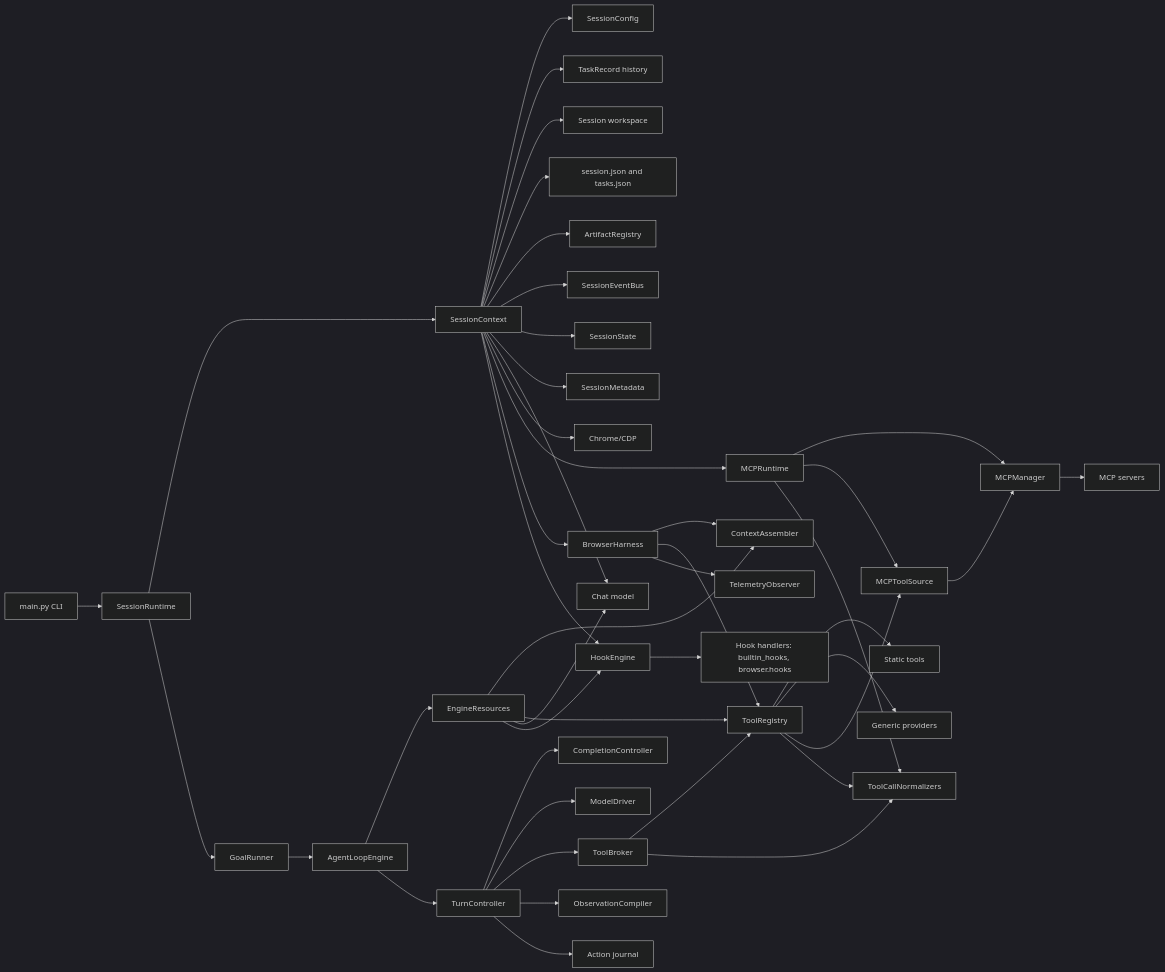
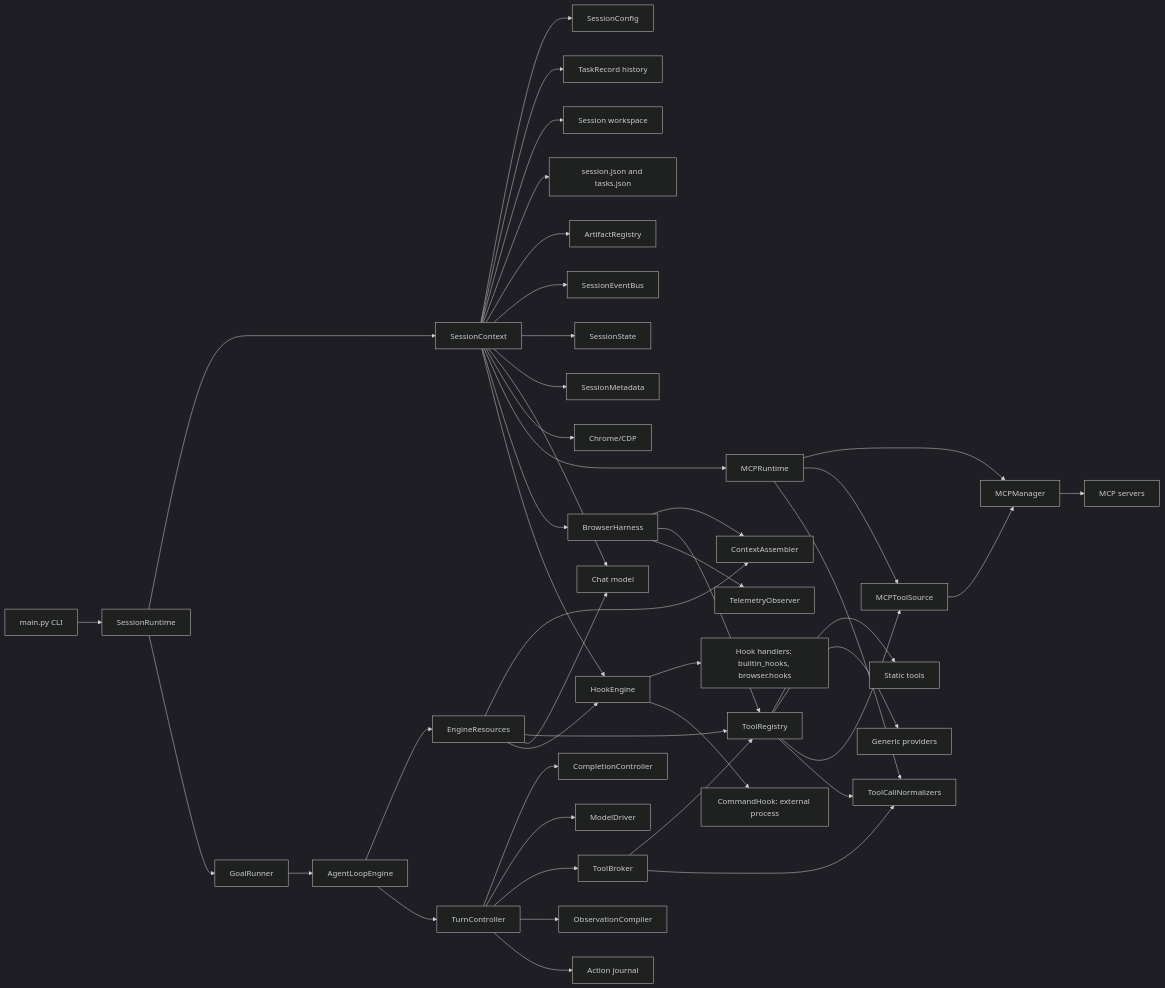
One commit to Hastur456/AutoBrowser changed the diagram in docs/diagrams/harness-boundaries.md. Above: the diagram before and after it, drawn with Mermaid (dark theme). The commit also changed 9 other files, not shown here.

First line of the commit message:
feat(hooks): add command hooks in the Claude Code/Codex style

````diff
--- a/docs/diagrams/harness-boundaries.md
+++ b/docs/diagrams/harness-boundaries.md
@@ -8,46 +8,47 @@
 ```mermaid
 flowchart LR
   CLI[main.py CLI] --> Session[SessionRuntime]
   Session --> SessionCtx[SessionContext]
   SessionCtx --> Config[SessionConfig]
   SessionCtx --> Tasks[TaskRecord history]
   SessionCtx --> Workspace[Session workspace]
   SessionCtx --> SessionFiles[session.json and tasks.json]
   SessionCtx --> Artifacts[ArtifactRegistry]
   SessionCtx --> Events[SessionEventBus]
   SessionCtx --> State[SessionState]
   SessionCtx --> Metadata[SessionMetadata]
   SessionCtx --> LLM[Chat model]
   SessionCtx --> Chrome[Chrome/CDP]
   SessionCtx --> MCPRuntime[MCPRuntime]
   SessionCtx --> Harness[BrowserHarness]
   SessionCtx --> Hooks[HookEngine]
   Hooks --> HookHandlers[Hook handlers: builtin_hooks, browser.hooks]
+  Hooks --> CommandHooks[CommandHook: external process]
   MCPRuntime --> Manager[MCPManager]
   MCPRuntime --> ToolSource[MCPToolSource]
   MCPRuntime --> Normalizers[ToolCallNormalizers]
   Manager --> MCP[MCP servers]
   Session --> GoalRunner[GoalRunner]
   GoalRunner --> Engine[AgentLoopEngine]
   Harness --> ContextAssembler[ContextAssembler]
   Harness --> Tools[ToolRegistry]
   Harness --> Telemetry[TelemetryObserver]
   Engine --> Resources[EngineResources]
   Resources --> ContextAssembler
   Resources --> Tools
   Resources --> LLM
   Resources --> Hooks
   Tools --> StaticTools[Static tools]
   Tools --> Providers[Generic providers]
   Tools --> ToolSource
   Tools --> Normalizers
   ToolSource --> Manager
   Engine --> TurnController[TurnController]
   TurnController --> Completion[CompletionController]
   TurnController --> ModelDriver[ModelDriver]
   TurnController --> ToolBroker[ToolBroker]
   TurnController --> ObsCompiler[ObservationCompiler]
   ToolBroker --> Tools
   ToolBroker --> Normalizers
   TurnController --> Journal[Action journal]
 ```
````
